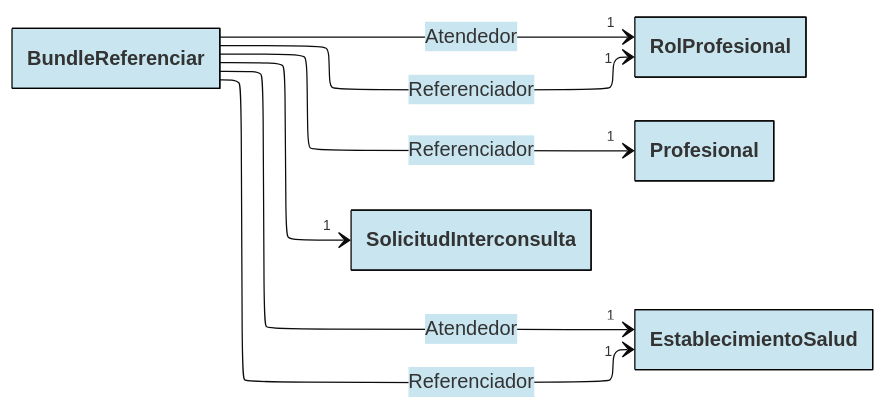
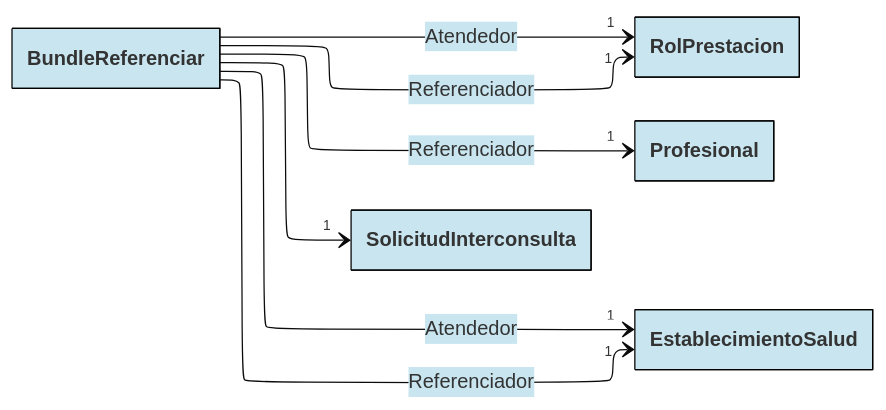
One commit to chris-f23/diagramas-fhir-tei changed the diagram in docs/bundles/2.BundleReferenciar.mmd. Above: the diagram before and after it, drawn with Mermaid. The commit also changed 7 other files, not shown here.

Commit message:
Agrega "bundle agendar" - Corrige "RolProfesional" por "RolPrestacion" - Corrige "Profesional" por "Prestador" - Agrega "PrestadorProfesional" y "PrestadorAdministrativo"

```diff
--- a/docs/bundles/2.BundleReferenciar.mmd
+++ b/docs/bundles/2.BundleReferenciar.mmd
@@ -1,29 +1,29 @@
 ---
 config:
   layout: elk
   theme: base
   class:
     hideEmptyMembersBox: true
   themeVariables:
     primaryBorderColor: "#000000"
     primaryColor: "#C9E6F0"
 ---
 
 classDiagram
 direction LR
 
 
 BundleReferenciar --> "1" SolicitudInterconsulta
 link SolicitudInterconsulta "https://github.com/chris-f23/diagramas-fhir-tei/blob/main/docs/SolicitudInterconsulta.mmd"
 
 
-BundleReferenciar --> "1" RolProfesional: Referenciador
-BundleReferenciar --> "1" RolProfesional: Atendedor
-link RolProfesional "https://github.com/chris-f23/diagramas-fhir-tei/blob/main/docs/RolProfesional.mmd"
+BundleReferenciar --> "1" RolPrestacion: Referenciador
+BundleReferenciar --> "1" RolPrestacion: Atendedor
+link RolPrestacion "https://github.com/chris-f23/diagramas-fhir-tei/blob/main/docs/RolPrestacion.mmd"
 
 BundleReferenciar --> "1" Profesional: Referenciador
-link Profesional "https://github.com/chris-f23/diagramas-fhir-tei/blob/main/docs/Profesional.mmd"
+link Profesional "https://github.com/chris-f23/diagramas-fhir-tei/blob/main/docs/Prestador.mmd"
 
 BundleReferenciar --> "1" EstablecimientoSalud: Referenciador
 BundleReferenciar --> "1" EstablecimientoSalud: Atendedor
 link EstablecimientoSalud "https://github.com/chris-f23/diagramas-fhir-tei/blob/main/docs/EstablecimientoSalud.mmd"
```
